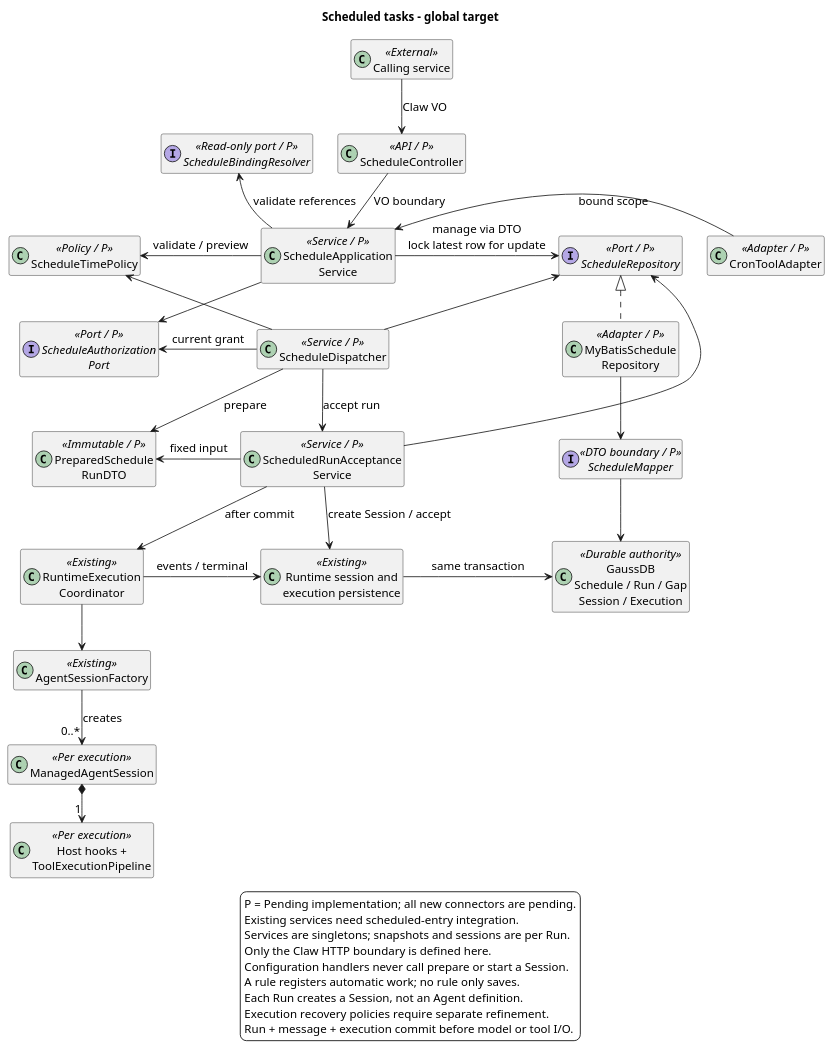
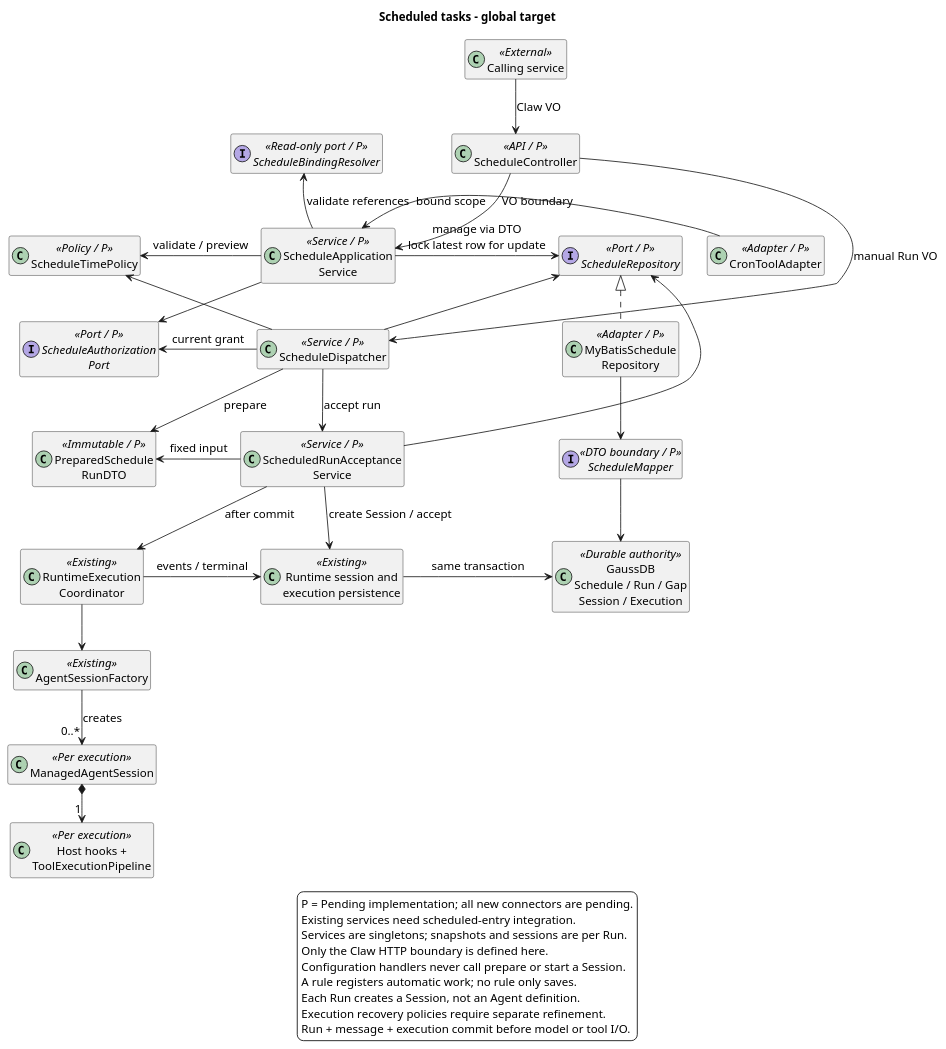
One commit to ssm0808/pi-mono-java-design changed the second of 4 diagrams in 01-总体架构/08-CampusClaw定时任务/diagram.puml. Above: the diagram before and after it, drawn with PlantUML. The commit also changed other lines of this file and 9 other files, not shown here.

Commit message:
docs(schedule): define run pause and unpause contracts

```diff
--- a/01-总体架构/08-CampusClaw定时任务/diagram.puml
+++ b/01-总体架构/08-CampusClaw定时任务/diagram.puml
@@ -53,76 +53,77 @@
 @startuml scheduled_task_architecture
-' Baseline: Claude Deployment / Run / Session, checked 2026-10-04, Beta.
+' Baseline: Claude Deployment / Run / Session and run/pause/unpause, checked 2026-10-05, Beta.
 ' Source: modules/cron/src/main/java/com/campusclaw/cron/CronService.java createJob and triggerJob.
 ' Source: modules/coding-agent-cli/src/main/java/com/campusclaw/codingagent/tool/cron/ManagedCronSessionRunner.java execute.
 ' Source: modules/coding-agent-cli/src/main/java/com/campusclaw/codingagent/runtimeapi/event/RuntimeExecutionCoordinator.java start and commitTerminal.
 ' Source: modules/coding-agent-cli/src/main/java/com/campusclaw/codingagent/session/AgentSessionFactory.java create.
 ' Java baseline: 553dcd5e2ff682f9684810a043b442b37a02e54a.
 ' Design reason: preserve API, service, policy, adapter, runtime and durable boundaries.
 ' Product constraint: every Run creates a new Session using the bound Agent definition.
 ' Architecture change: one acceptance path; no existing-session target strategy.
 ' Architecture change: every P node and every connector is Pending implementation.
 title Scheduled tasks - global target
 skinparam backgroundColor white
 skinparam defaultFontSize 14
 skinparam classAttributeIconSize 0
 skinparam nodesep 30
 skinparam ranksep 45
 hide empty members
 class "Calling service" as Caller <<External>>
 class "ScheduleController" as Api <<API / P>>
 class "CronToolAdapter" as Tool <<Adapter / P>>
 class "ScheduleApplication\nService" as App <<Service / P>>
 class "ScheduleDispatcher" as Dispatch <<Service / P>>
 interface "ScheduleAuthorization\nPort" as Auth <<Port / P>>
 interface "ScheduleBindingResolver" as Binding <<Read-only port / P>>
 class "ScheduleTimePolicy" as Time <<Policy / P>>
 class "PreparedSchedule\nRunDTO" as Snapshot <<Immutable / P>>
 interface "ScheduleRepository" as Repo <<Port / P>>
 class "MyBatisSchedule\nRepository" as RepoImpl <<Adapter / P>>
 interface "ScheduleMapper" as Mapper <<DTO boundary / P>>
 class "GaussDB\nSchedule / Run / Gap\nSession / Execution" as Db <<Durable authority>>
 class "ScheduledRunAcceptance\nService" as Accept <<Service / P>>
 class "Runtime session and\nexecution persistence" as Persist <<Existing>>
 class "RuntimeExecution\nCoordinator" as Coordinator <<Existing>>
 class "AgentSessionFactory" as Factory <<Existing>>
 class "ManagedAgentSession" as Session <<Per execution>>
 class "Host hooks +\nToolExecutionPipeline" as Pipeline <<Per execution>>
 Caller -down-> Api : Claw VO
 Api -down-> App : VO boundary
+Api -[norank]-> Dispatch : manual Run VO
 Tool -left-> App : bound scope
 App -down[hidden]-> Dispatch
 Time -down[hidden]-> Auth
 Auth -down[hidden]-> Snapshot
 App -left-> Time : validate / preview
 App -right-> Repo : manage via DTO\nlock latest row for update
 App -[norank]-> Auth
 App -up-> Binding : validate references
 Dispatch -down-> Accept : accept run
 Dispatch -left-> Auth : current grant
 Dispatch -[norank]-> Time
 Dispatch -[norank]-> Repo
 Dispatch -[norank]-> Snapshot : prepare
 Accept -left-> Snapshot : fixed input
 Accept -[norank]-> Repo
 Repo <|.. RepoImpl
 RepoImpl -down-> Mapper
 Mapper -down-> Db
 Accept -down-> Persist : create Session / accept
 Persist -[norank]-> Db : same transaction
 Accept -down-> Coordinator : after commit
 Coordinator -[norank]-> Persist : events / terminal
 Coordinator -down-> Factory
 Factory -down-> "0..*" Session : creates
 Session *-down-> "1" Pipeline
 legend bottom
   P = Pending implementation; all new connectors are pending.
   Existing services need scheduled-entry integration.
   Services are singletons; snapshots and sessions are per Run.
   Only the Claw HTTP boundary is defined here.
   Configuration handlers never call prepare or start a Session.
   A rule registers automatic work; no rule only saves.
   Each Run creates a Session, not an Agent definition.
   Execution recovery policies require separate refinement.
   Run + message + execution commit before model or tool I/O.
 endlegend
 @enduml
```
